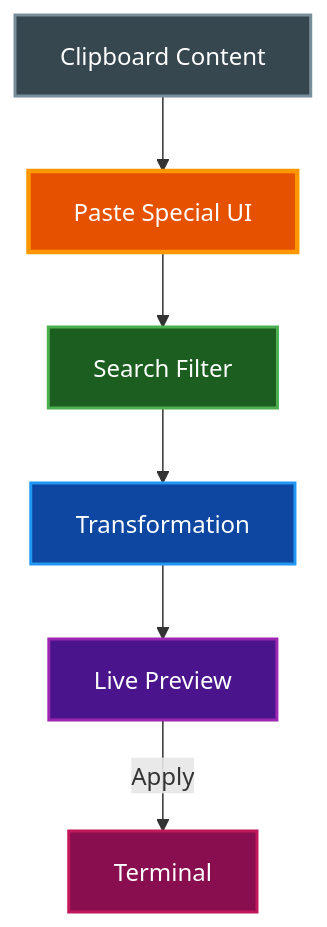
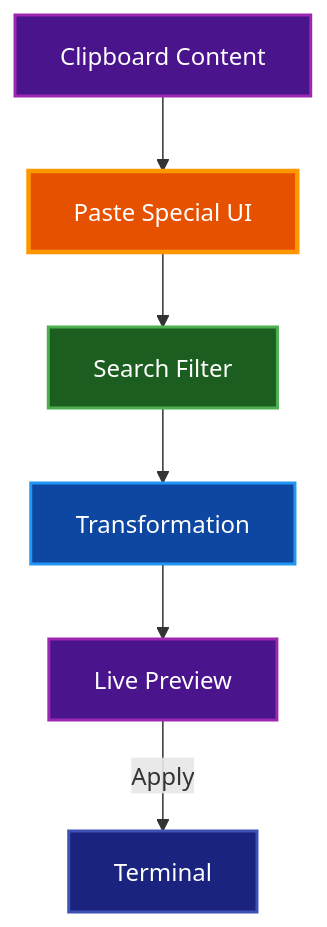
The first of 2 diagrams in docs/features/PASTE_SPECIAL.md (paulrobello/par-term), drawn with Mermaid before and after one commit. The commit also changed other lines of this file and 40 other files, not shown here.

First line of the commit message:
docs: sync docs/ to implementation; fix CLAUDE.md dep graph

````diff
--- a/docs/features/PASTE_SPECIAL.md
+++ b/docs/features/PASTE_SPECIAL.md
@@ -22,22 +22,29 @@
 ```mermaid
 graph TD
     Clipboard[Clipboard Content]
     UI[Paste Special UI]
     Search[Search Filter]
     Transform[Transformation]
     Preview[Live Preview]
     Terminal[Terminal]
 
     Clipboard --> UI
     UI --> Search
     Search --> Transform
     Transform --> Preview
     Preview -->|Apply| Terminal
 
-    style Clipboard fill:#37474f,stroke:#78909c,stroke-width:2px,color:#ffffff
-    style UI fill:#e65100,stroke:#ff9800,stroke-width:3px,color:#ffffff
-    style Search fill:#1b5e20,stroke:#4caf50,stroke-width:2px,color:#ffffff
-    style Transform fill:#0d47a1,stroke:#2196f3,stroke-width:2px,color:#ffffff
-    style Preview fill:#4a148c,stroke:#9c27b0,stroke-width:2px,color:#ffffff
-    style Terminal fill:#880e4f,stroke:#c2185b,stroke-width:2px,color:#ffffff
+    class Clipboard external
+    class UI primary
+    class Search active
+    class Transform data
+    class Preview external
+    class Terminal database
+
+    classDef primary fill:#e65100,stroke:#ff9800,stroke-width:3px,color:#ffffff
+    classDef active fill:#1b5e20,stroke:#4caf50,stroke-width:2px,color:#ffffff
+    classDef data fill:#0d47a1,stroke:#2196f3,stroke-width:2px,color:#ffffff
+    classDef database fill:#1a237e,stroke:#3f51b5,stroke-width:2px,color:#ffffff
+    classDef external fill:#4a148c,stroke:#9c27b0,stroke-width:2px,color:#ffffff
+    classDef neutral fill:#37474f,stroke:#78909c,stroke-width:2px,color:#ffffff
 ```
````
